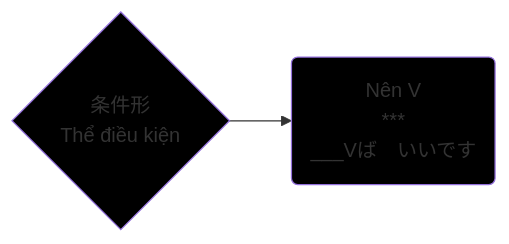
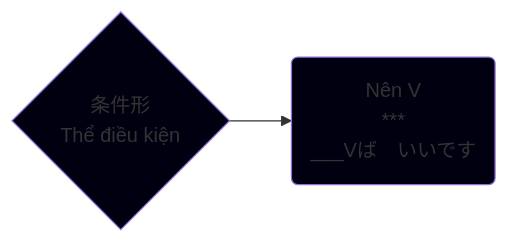
The diagram in The/条件形.md (tea1504/learn), drawn with Mermaid before and after one commit. The commit also changed 14 other files, not shown here.

````diff
--- a/The/条件形.md
+++ b/The/条件形.md
@@ -2,9 +2,9 @@
 ```mermaid
 graph LR;
     V{条件形\n Thể điều kiện}
 
     V-->nenV(Nên V\n***\n___Vば　いいです)
 
-    style V fill:#000
-    style nenV fill:#000
+    style V fill:#001
+    style nenV fill:#001
 ```
````
